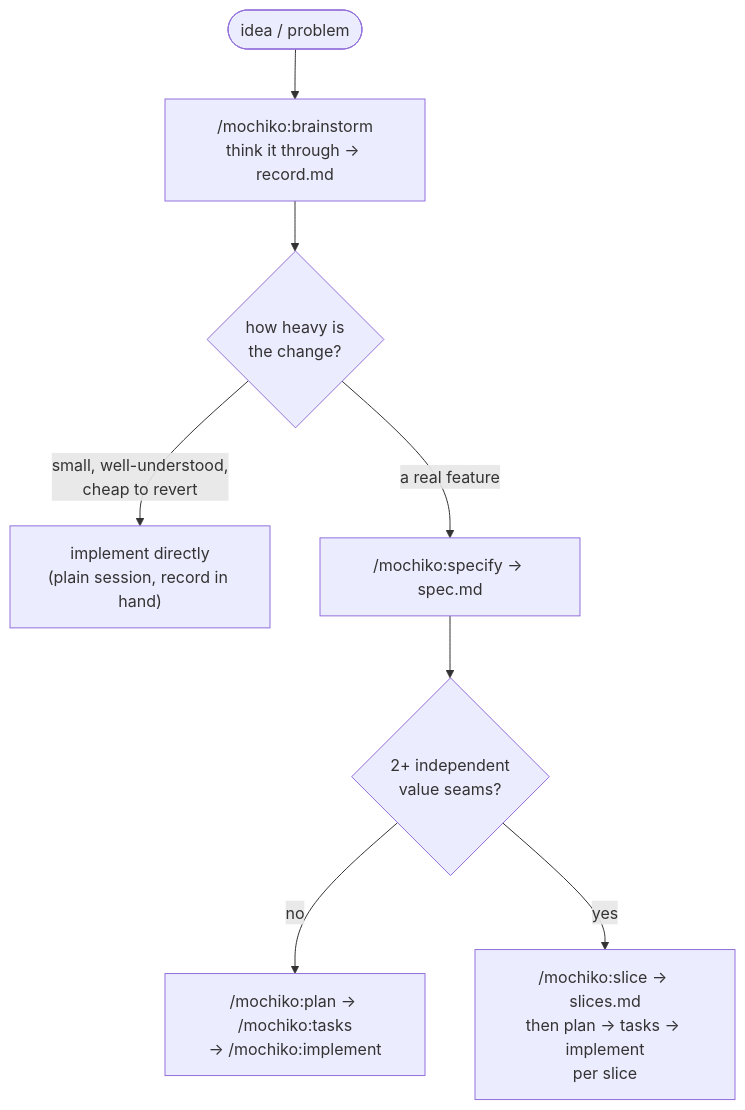
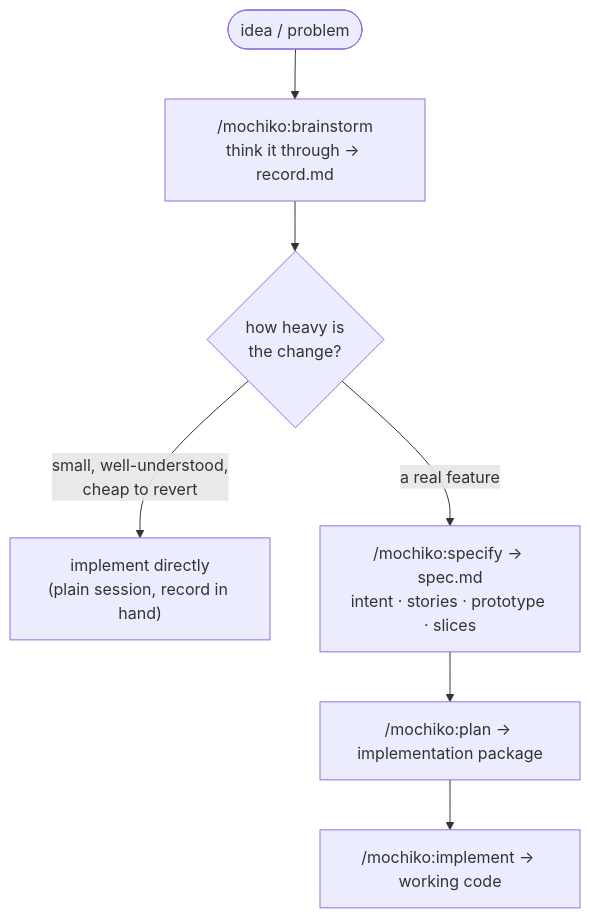
One commit to humaninloop-dev/mochiko changed the first of 3 diagrams in README.md. Above: the diagram before and after it, drawn with Mermaid. The commit also changed other lines of this file, not shown here.

````diff
--- a/README.md
+++ b/README.md
@@ -22,10 +20,9 @@
 ```mermaid
 flowchart TD
     idea(["idea / problem"]) --> bs["/mochiko:brainstorm<br/>think it through → record.md"]
     bs --> gate{"how heavy is<br/>the change?"}
     gate -->|"small, well-understood,<br/>cheap to revert"| direct["implement directly<br/>(plain session, record in hand)"]
-    gate -->|"a real feature"| spec["/mochiko:specify → spec.md"]
-    spec --> seams{"2+ independent<br/>value seams?"}
-    seams -->|no| whole["/mochiko:plan → /mochiko:tasks<br/>→ /mochiko:implement"]
-    seams -->|yes| slice["/mochiko:slice → slices.md<br/>then plan → tasks → implement<br/>per slice"]
+    gate -->|"a real feature"| spec["/mochiko:specify → spec.md<br/>intent · stories · prototype · slices"]
+    spec --> plan["/mochiko:plan → implementation package"]
+    plan --> impl["/mochiko:implement → working code"]
 ```
````
